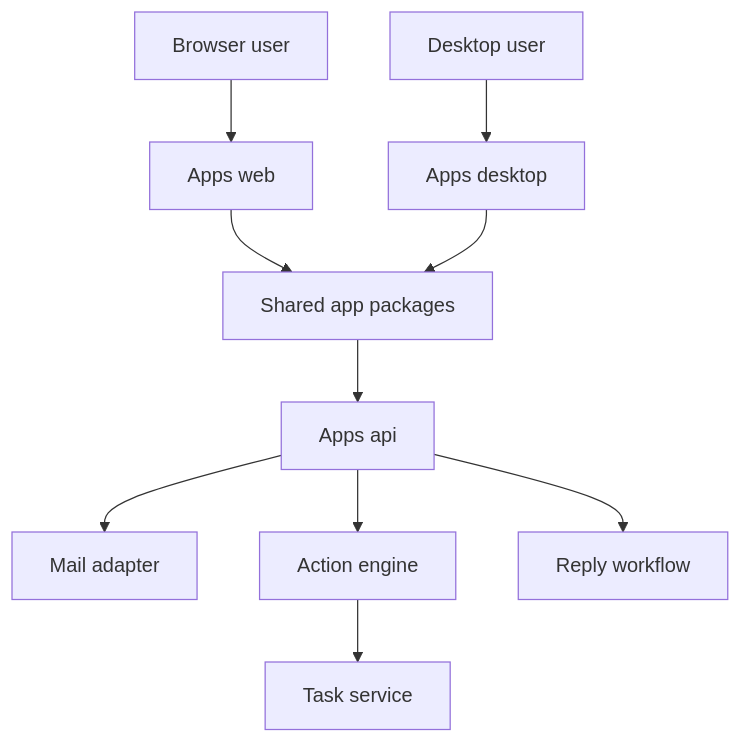
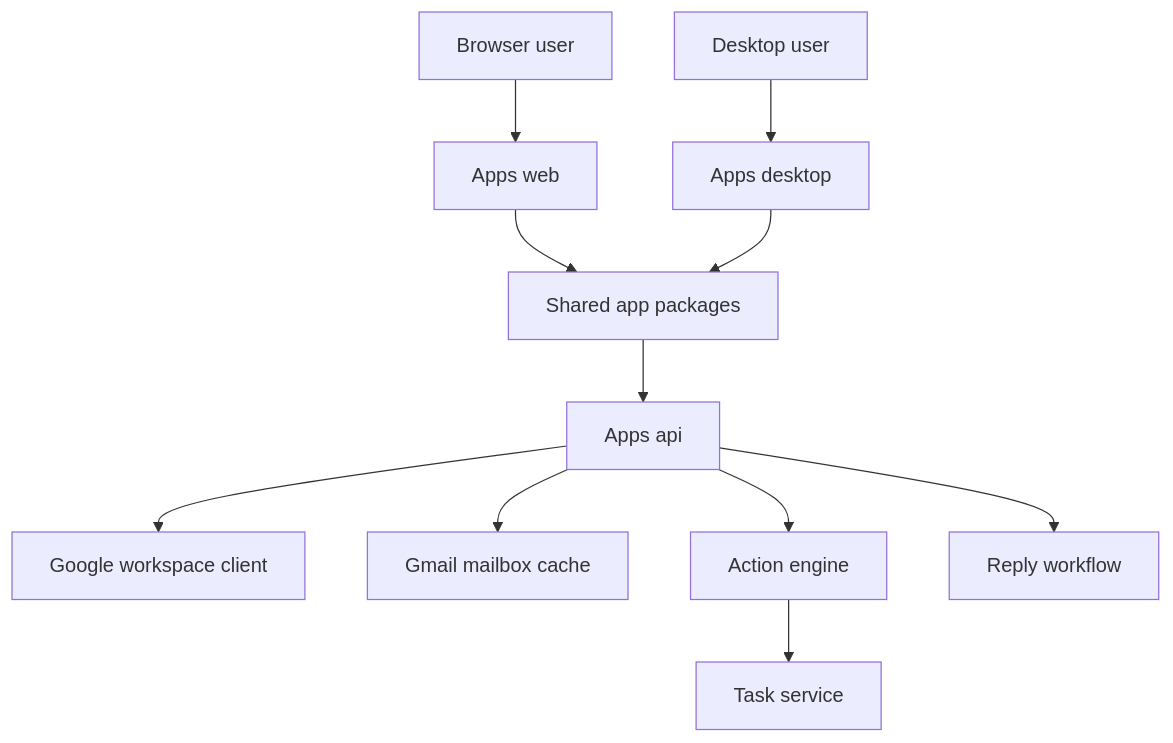
The first of 2 diagrams in README.md (ruoliu2/InboxOS), drawn with Mermaid before and after one commit. The commit also changed other lines of this file and 4 other files, not shown here.

Commit message:
Document Google auth and summary-first Gmail loading

````diff
--- a/README.md
+++ b/README.md
@@ -21,12 +21,13 @@
 ```mermaid
 graph TD
 A1["Browser user"] --> B1["Apps web"]
 A2["Desktop user"] --> C1["Apps desktop"]
 B1 --> D1["Shared app packages"]
 C1 --> D1
 D1 --> E1["Apps api"]
-E1 --> F1["Mail adapter"]
-E1 --> G1["Action engine"]
-G1 --> H1["Task service"]
-E1 --> I1["Reply workflow"]
+E1 --> F1["Google workspace client"]
+E1 --> G1["Gmail mailbox cache"]
+E1 --> H1["Action engine"]
+H1 --> I1["Task service"]
+E1 --> J1["Reply workflow"]
 ```
````
